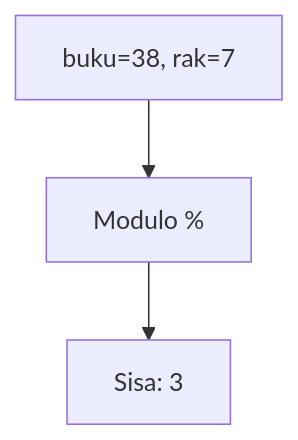
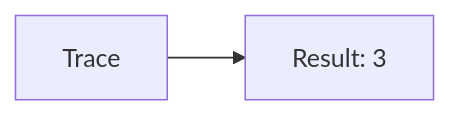
The fifth of 25 diagrams in part-c-pemahaman-cpp/01-tipe-data/latihan/set-11.md (amnahwaida/OSNK_INF_PREP), drawn with Mermaid before and after one commit. The commit also changed other lines of this file and 71 other files, not shown here.

````diff
--- a/part-c-pemahaman-cpp/01-tipe-data/latihan/set-11.md
+++ b/part-c-pemahaman-cpp/01-tipe-data/latihan/set-11.md
@@ -279,5 +106,4 @@
 ```mermaid
-graph TD
-A["buku=38, rak=7"] --> B["Modulo %"]
-B --> C["Sisa: 3"]
+graph LR
+A[Trace] --> B[Result: 3]
 ```
````
